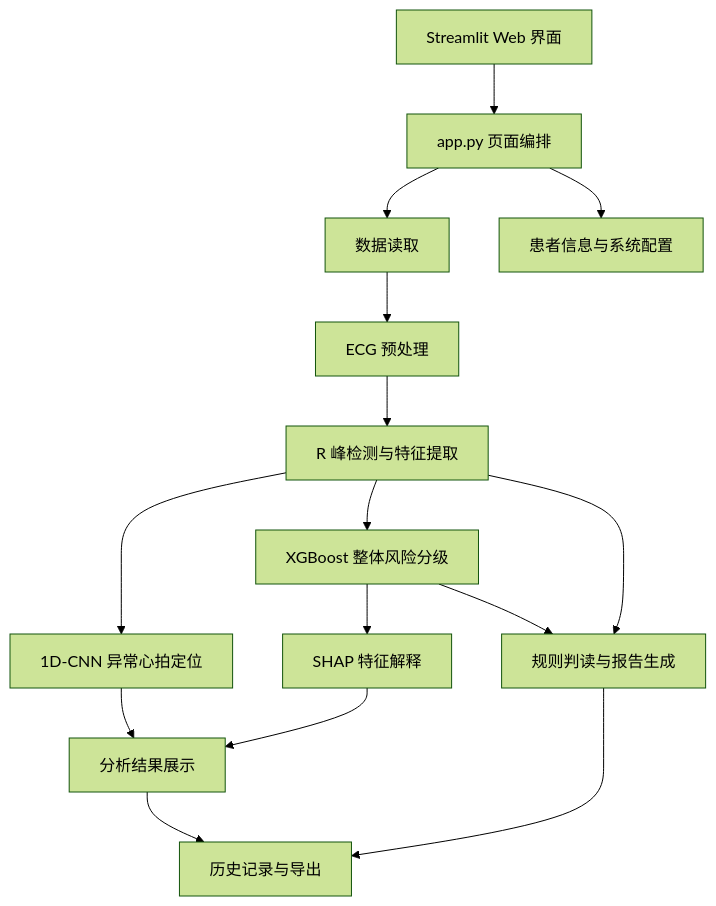
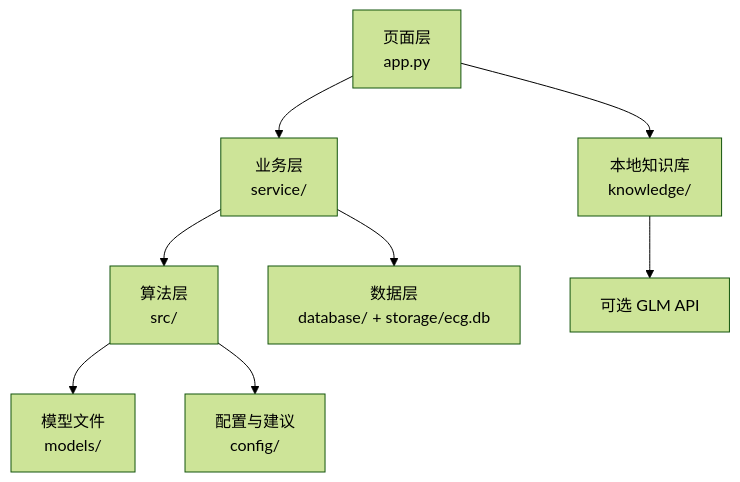
Before and after one commit to shyzwh/ecg-auxiliary-screening: the diagram in docs/作品信息文档.md, drawn with Mermaid (forest theme). The commit also changed other lines of this file and 7 other files, not shown here.

````diff
--- a/docs/作品信息文档.md
+++ b/docs/作品信息文档.md
@@ -35,17 +29,10 @@
 ```mermaid
 flowchart TD
-    A[Streamlit Web 界面] --> B[app.py 页面编排]
-    B --> C[数据读取]
-    C --> D[ECG 预处理]
-    D --> E[R 峰检测与特征提取]
-    E --> F[1D-CNN 异常心拍定位]
-    E --> G[XGBoost 整体风险分级]
-    G --> H[SHAP 特征解释]
-    F --> I[分析结果展示]
-    H --> I
-    E --> J[规则判读与报告生成]
-    G --> J
-    I --> K[历史记录与导出]
-    J --> K
-    B --> L[患者信息与系统配置]
+    A[页面层<br/>app.py] --> B[业务层<br/>service/]
+    B --> C[算法层<br/>src/]
+    B --> D[数据层<br/>database/ + storage/ecg.db]
+    C --> E[模型文件<br/>models/]
+    C --> F[配置与建议<br/>config/]
+    A --> G[本地知识库<br/>knowledge/]
+    G --> H[可选 GLM API]
 ```
````
